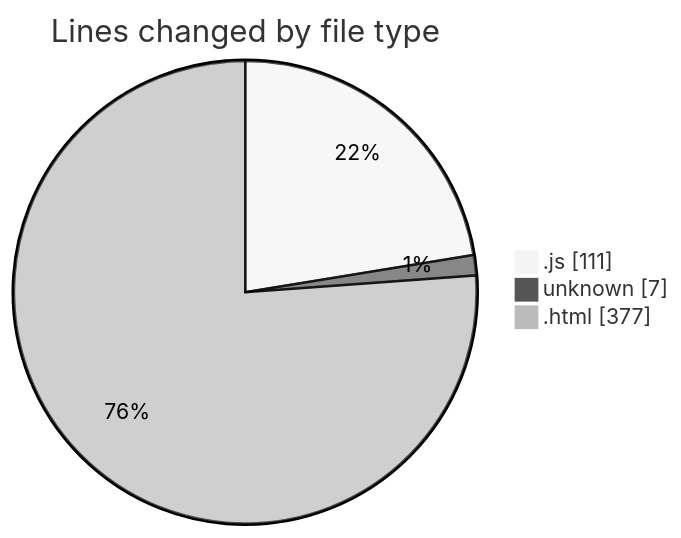
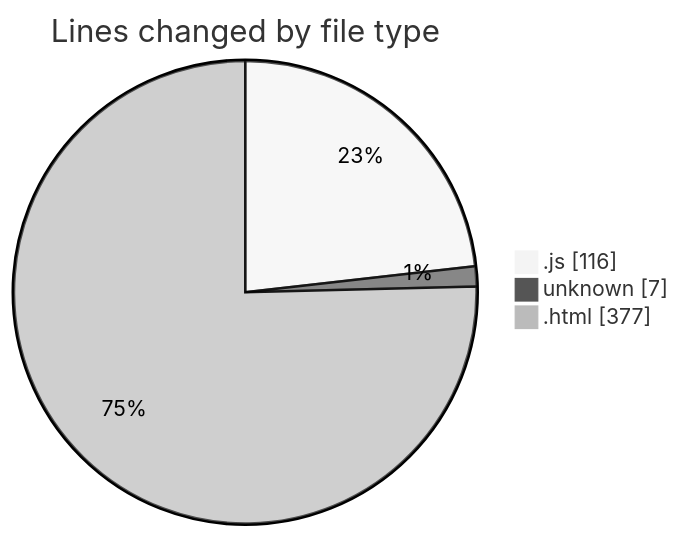
The first of 2 diagrams in 2025-04-16/omts_new/README.md (nxtqubesakshisongat/code-tracking), drawn with Mermaid (neutral theme) before and after one commit. The commit also changed other lines of this file and 1 other file, not shown here.

````diff
--- a/2025-04-16/omts_new/README.md
+++ b/2025-04-16/omts_new/README.md
@@ -22,7 +22,7 @@
 ```mermaid
 pie showData
 title Lines changed by file type
-".js" : 111
+".js" : 116
 "unknown" : 7
 ".html" : 377
 ```
````
